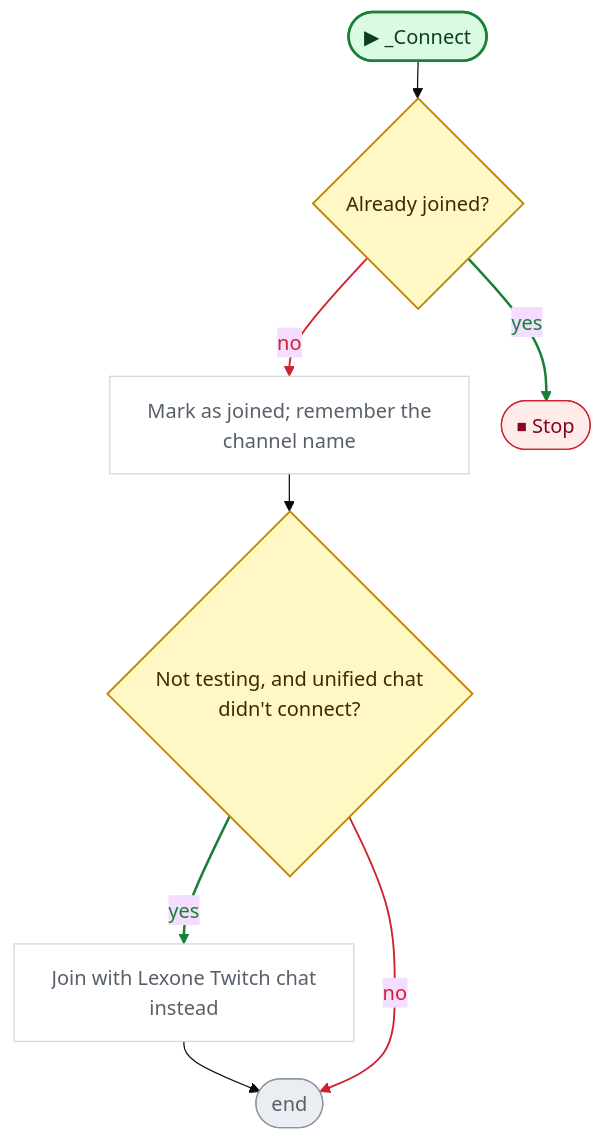
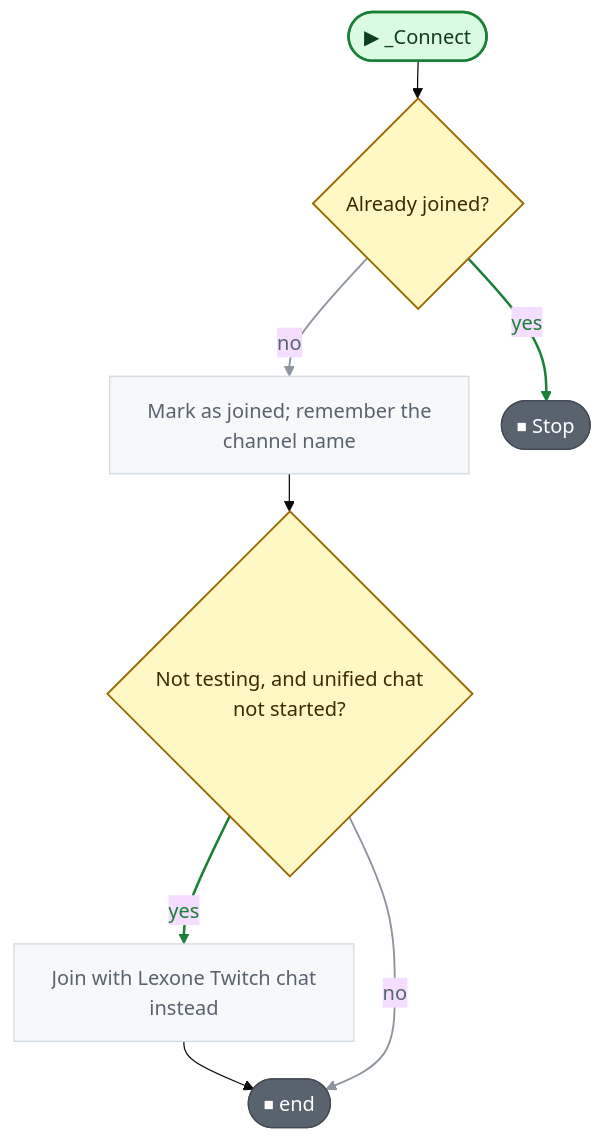
Before and after one commit to nataiai/Lord-of-the-Dungeon: the fifth of 7 diagrams in CodeGraph~/graph/GameManager.cs.md, drawn with Mermaid (base theme). The commit also changed other lines of this file and 57 other files, not shown here.

````diff
--- a/CodeGraph~/graph/GameManager.cs.md
+++ b/CodeGraph~/graph/GameManager.cs.md
@@ -274,47 +293,47 @@
 ```mermaid
 ---
 config:
   flowchart:
     wrappingWidth: 260
     nodeSpacing: 26
     rankSpacing: 30
 ---
 flowchart TD
   nS(["▶ _Connect"])
   n269a6d{"Already joined?"}
   nd9fac0["Mark as joined; remember the<br>channel name"]
-  n08675a{"Not testing, and unified chat<br>didn't connect?"}
+  n08675a{"Not testing, and unified chat<br>not started?"}
   n011fcf["Join with Lexone Twitch chat<br>instead"]
-  nE(["end"])
+  nE(["⏹ end"])
   nb2e4fc(["⏹ Stop"])
   nS --> n269a6d
   n269a6d -->|no| nd9fac0
   n269a6d -->|yes| nb2e4fc
   nd9fac0 --> n08675a
   n08675a -->|yes| n011fcf
   n011fcf --> nE
   n08675a -->|no| nE
-  linkStyle 1 stroke:#cf222e,stroke-width:1.5px,color:#cf222e
+  linkStyle 1 stroke:#8c959f,stroke-width:1.5px,color:#59636e
   linkStyle 2 stroke:#1a7f37,stroke-width:2px,color:#1a7f37
   linkStyle 4 stroke:#1a7f37,stroke-width:2px,color:#1a7f37
-  linkStyle 6 stroke:#cf222e,stroke-width:1.5px,color:#cf222e
+  linkStyle 6 stroke:#8c959f,stroke-width:1.5px,color:#59636e
   classDef unity fill:#dafbe1,stroke:#1a7f37,stroke-width:2px,color:#0f3d1d
   classDef start fill:#dafbe1,stroke:#1a7f37,stroke-width:2px,color:#0f3d1d
-  classDef calc fill:#ffffff,stroke:#d0d7de,color:#57606a
+  classDef calc fill:#f6f8fa,stroke:#d1d9e0,color:#59636e
   classDef calls fill:#ddf4ff,stroke:#0969da,stroke-width:2px,color:#0a3069
-  classDef ext fill:#ddf4ff,stroke:#0969da,stroke-width:2px,stroke-dasharray:5 3,color:#0a3069
-  classDef cond fill:#fff8c5,stroke:#bf8700,stroke-width:1.5px,color:#3d2a00
-  classDef loop fill:#f6f8fa,stroke:#57606a,color:#1f2328
-  classDef exit fill:#ffebe9,stroke:#cf222e,color:#82071e
+  classDef ext fill:#f6f8fa,stroke:#59636e,stroke-width:1.5px,stroke-dasharray:5 5,color:#1f2328
+  classDef cond fill:#fff8c5,stroke:#9a6700,stroke-width:1.5px,color:#3d2a00
+  classDef loop fill:#fff8c5,stroke:#9a6700,color:#3d2a00
+  classDef wait fill:#fff8c5,stroke:#9a6700,color:#3d2a00
+  classDef exit fill:#59636e,stroke:#424a53,color:#ffffff
+  classDef fin fill:#59636e,stroke:#424a53,color:#ffffff
+  classDef act fill:#ffffff,stroke:#59636e,stroke-width:1.5px,color:#1f2328
   classDef kill fill:#ffebe9,stroke:#cf222e,stroke-width:2px,color:#82071e
-  classDef spawn fill:#dafbe1,stroke:#1a7f37,stroke-width:2px,color:#0f3d1d
-  classDef wait fill:#fff1e5,stroke:#bc4c00,color:#4d1d00
-  classDef fin fill:#eaeef2,stroke:#8c959f,color:#57606a
   classDef join fill:#d0d7de,stroke:#8c959f,color:#57606a
   classDef ghdr fill:#f5f9ff,stroke:#f5f9ff,color:#0a3069,font-weight:bold
   class nd9fac0,n011fcf calc
   class n269a6d,n08675a cond
   class nb2e4fc exit
   class nE fin
   class nS start
 ```
````
